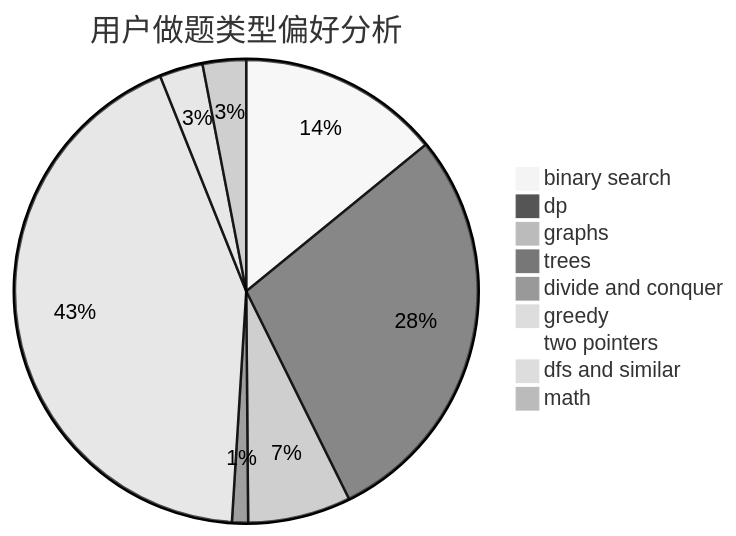
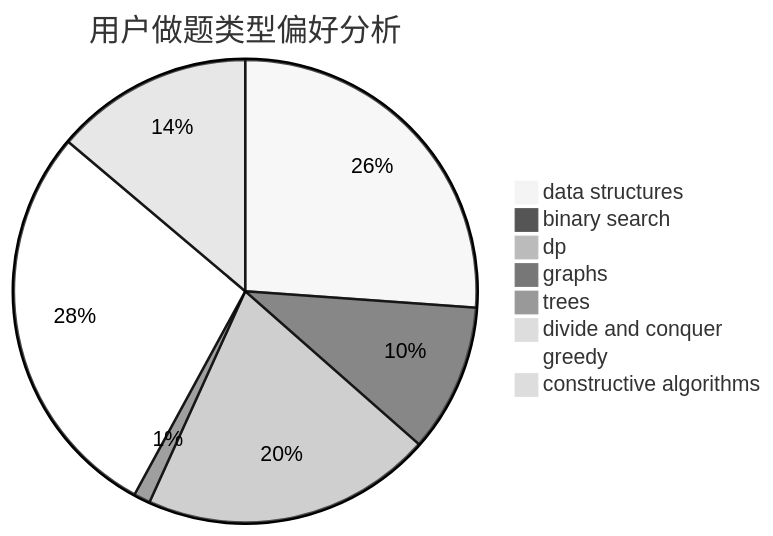
Before and after one commit to sherpahu/cfrs.github.io: the second of 3 diagrams in docs/user/u2449.md, drawn with Mermaid (neutral theme). The commit also changed other lines of this file and 2775 other files, not shown here.

````diff
--- a/docs/user/u2449.md
+++ b/docs/user/u2449.md
@@ -23,12 +23,11 @@
 ```mermaid
 pie title 用户做题类型偏好分析
-    "binary search" :  214
-    "dp" :  434
-    "graphs" :  109
-    "trees" :  17
+    "data structures" :  474
+    "binary search" :  188
+    "dp" :  368
+    "graphs" :  21
+    "trees" :  5
     "divide and conquer" :  5
-    "greedy" :  652
-    "two pointers" :  11
-    "dfs and similar" :  46
-    "math" :  46
+    "greedy" :  512
+    "constructive algorithms" :  251
 ```
````
